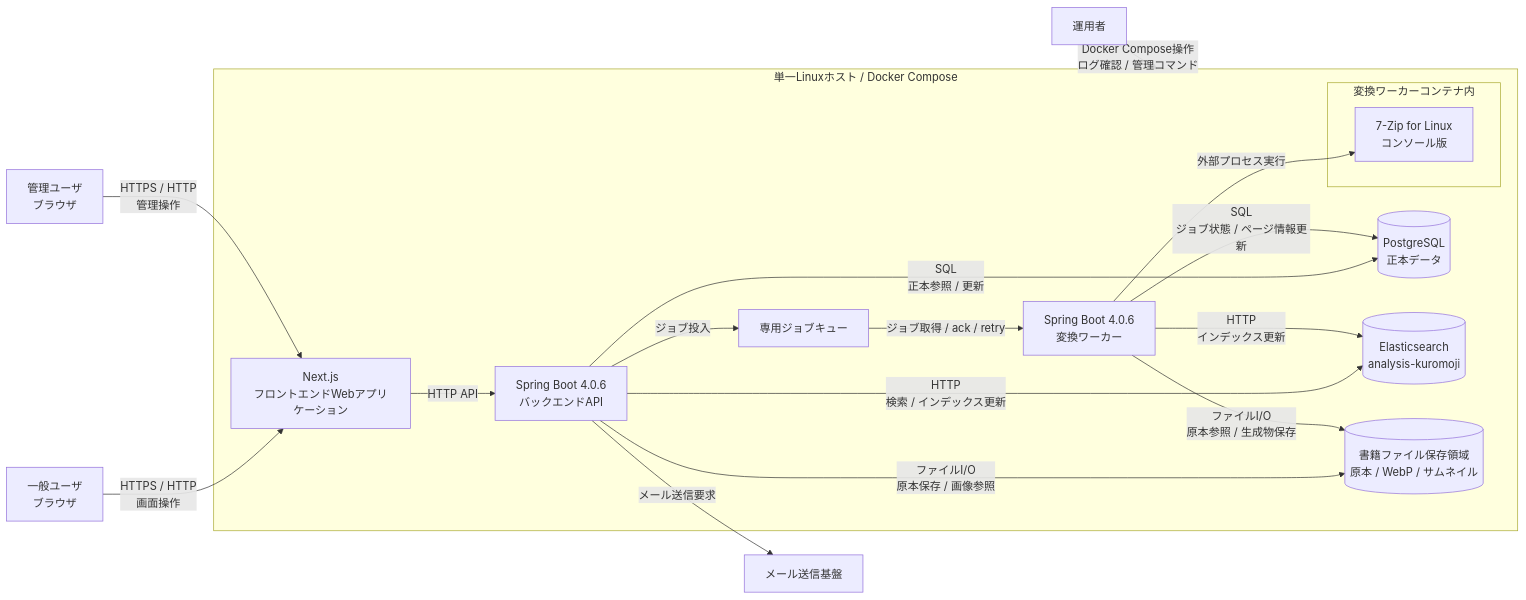
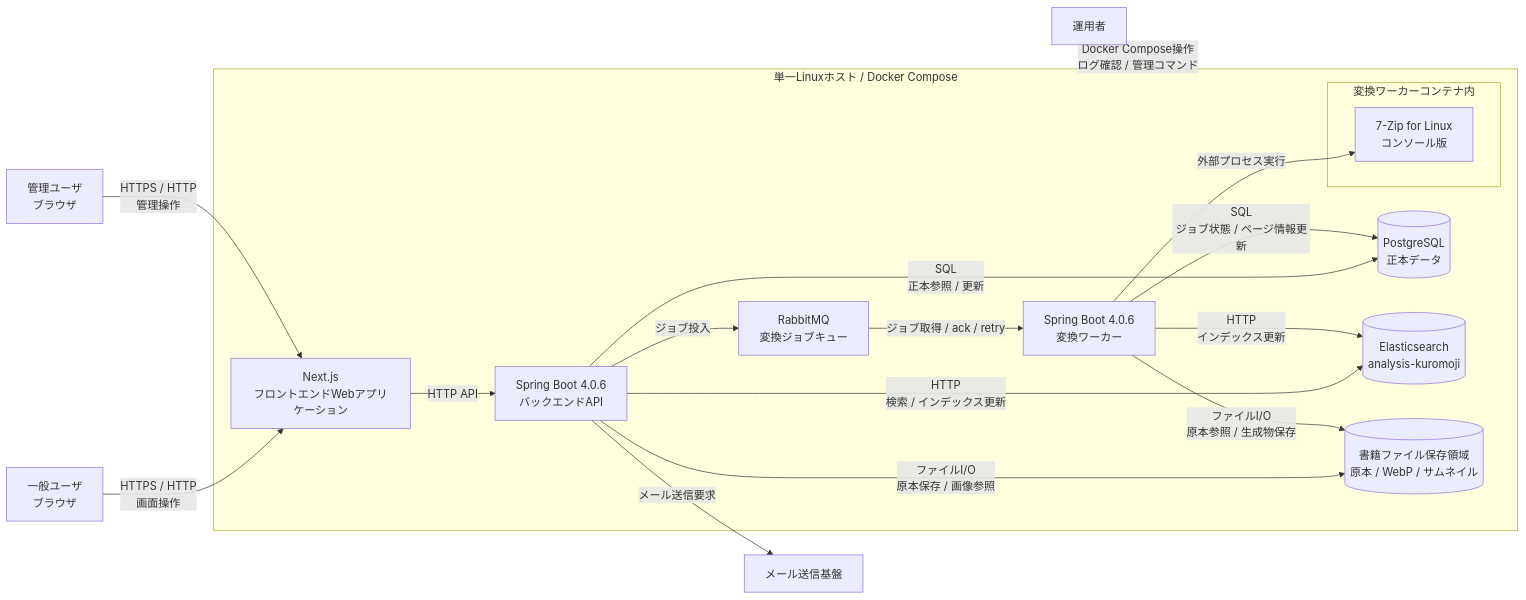
One commit to dommyttdev/book-viewer changed the diagram in doc/03_architecture/05_container_diagram.md. Above: the diagram before and after it, drawn with Mermaid. The commit also changed other lines of this file and 30 other files, not shown here.

````diff
--- a/doc/03_architecture/05_container_diagram.md
+++ b/doc/03_architecture/05_container_diagram.md
@@ -41,38 +41,38 @@
 ```mermaid
 flowchart LR
   generalUser["一般ユーザ<br>ブラウザ"]
   adminUser["管理ユーザ<br>ブラウザ"]
   operator["運用者"]
   mail["メール送信基盤"]
 
   subgraph host["単一Linuxホスト / Docker Compose"]
     frontend["Next.js<br>フロントエンドWebアプリケーション"]
     api["Spring Boot 4.0.6<br>バックエンドAPI"]
     worker["Spring Boot 4.0.6<br>変換ワーカー"]
-    queue["専用ジョブキュー"]
+    queue["RabbitMQ<br>変換ジョブキュー"]
     db[("PostgreSQL<br>正本データ")]
     search[("Elasticsearch<br>analysis-kuromoji")]
     storage[("書籍ファイル保存領域<br>原本 / WebP / サムネイル")]
 
     subgraph workerContainer["変換ワーカーコンテナ内"]
       sevenZip["7-Zip for Linux<br>コンソール版"]
     end
   end
 
   generalUser -->|"HTTPS / HTTP<br>画面操作"| frontend
   adminUser -->|"HTTPS / HTTP<br>管理操作"| frontend
   operator -->|"Docker Compose操作<br>ログ確認 / 管理コマンド"| host
 
   frontend -->|"HTTP API"| api
   api -->|"メール送信要求"| mail
   api -->|"SQL<br>正本参照 / 更新"| db
   api -->|"HTTP<br>検索 / インデックス更新"| search
   api -->|"ファイルI/O<br>原本保存 / 画像参照"| storage
   api -->|"ジョブ投入"| queue
 
   queue -->|"ジョブ取得 / ack / retry"| worker
   worker -->|"SQL<br>ジョブ状態 / ページ情報更新"| db
   worker -->|"ファイルI/O<br>原本参照 / 生成物保存"| storage
   worker -->|"HTTP<br>インデックス更新"| search
   worker -->|"外部プロセス実行"| sevenZip
 ```
````
